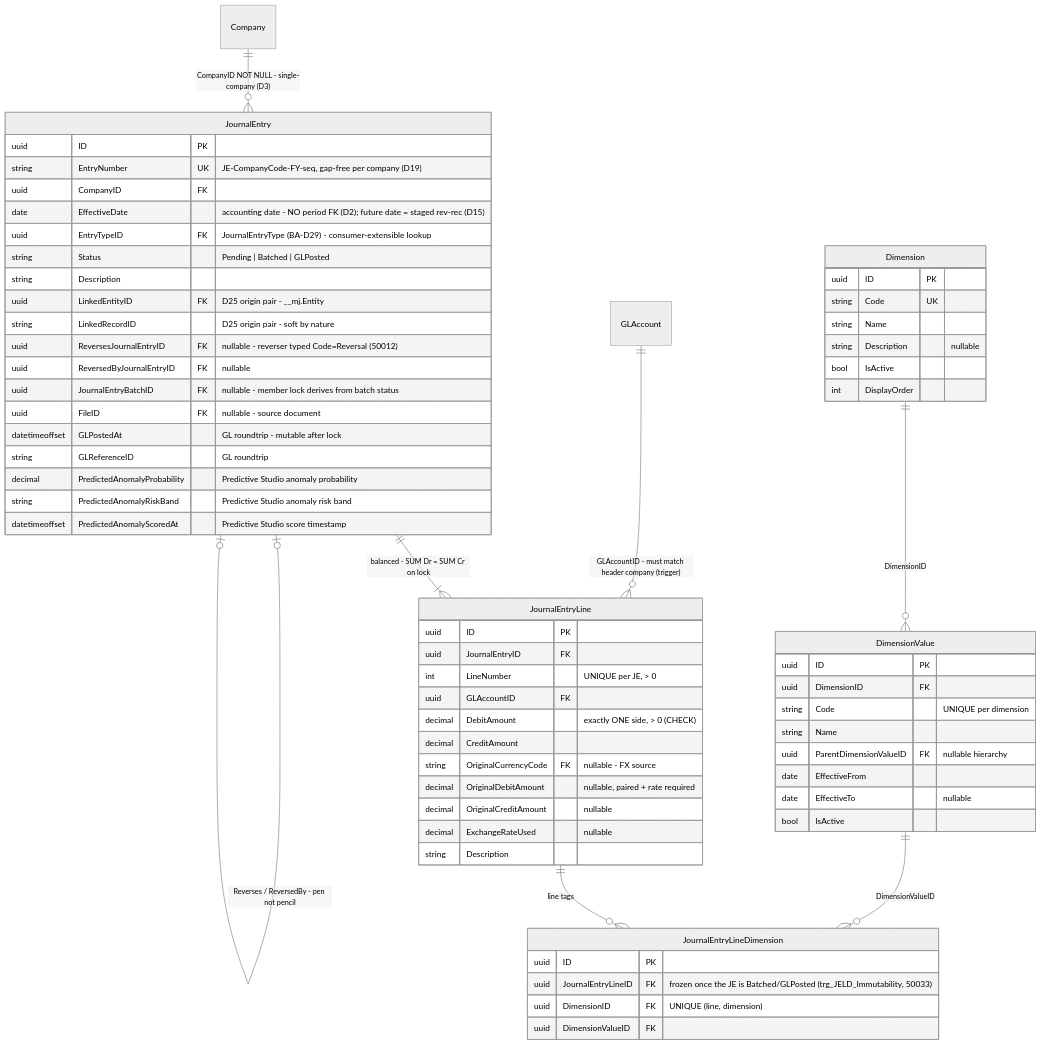
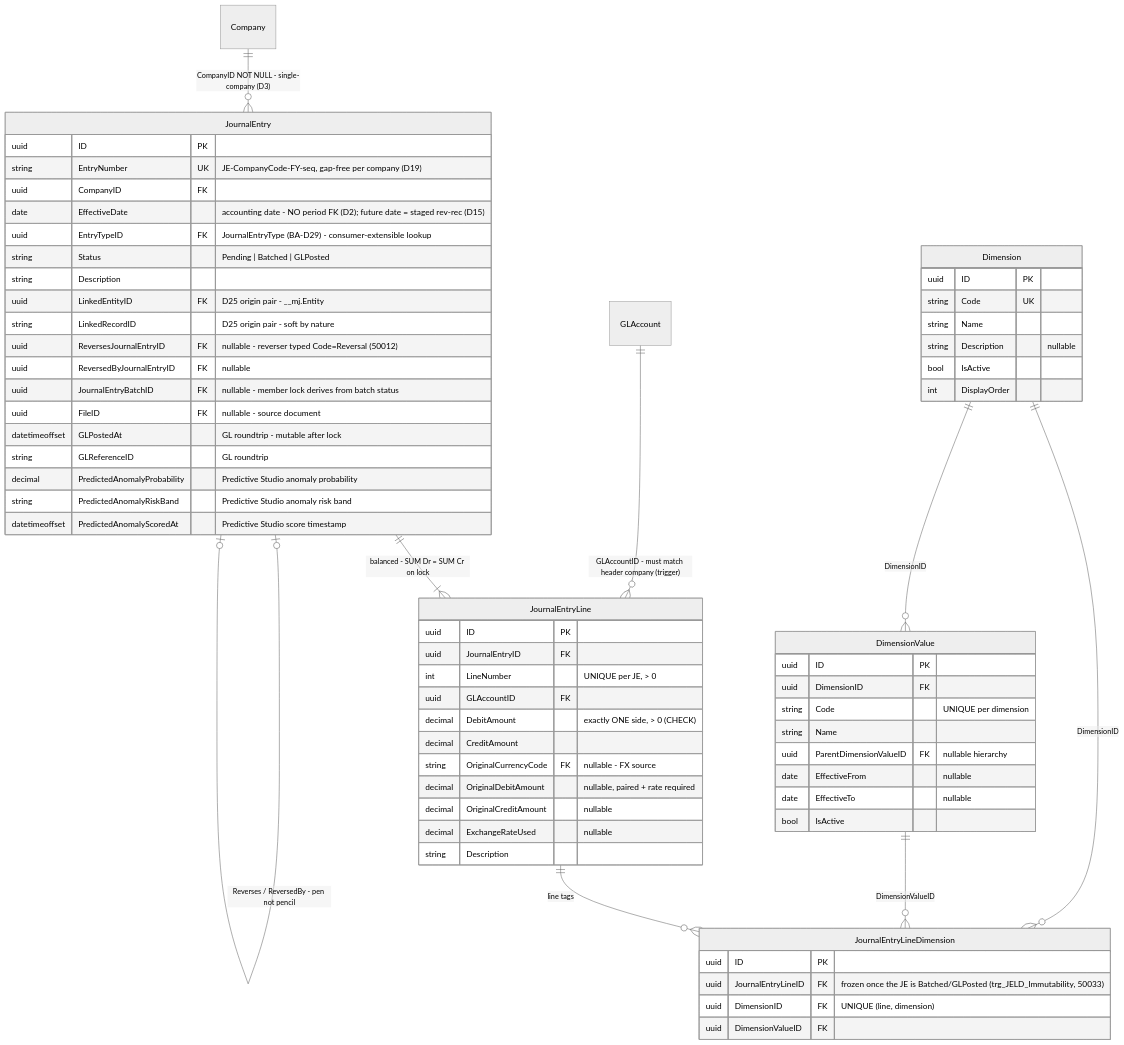
The sixth of 14 diagrams in docs/bizapps-accounting-erd.md (MemberJunction/bizapps-accounting), drawn with Mermaid (neutral theme) before and after one commit. The commit also changed other lines of this file and 27 other files, not shown here.

````diff
--- a/docs/bizapps-accounting-erd.md
+++ b/docs/bizapps-accounting-erd.md
@@ -632,68 +704,69 @@
 ```mermaid
 erDiagram
     Company ||--o{ JournalEntry : "CompanyID NOT NULL - single-company (D3)"
     JournalEntry ||--|{ JournalEntryLine : "balanced - SUM Dr = SUM Cr on lock"
     GLAccount ||--o{ JournalEntryLine : "GLAccountID - must match header company (trigger)"
     JournalEntry |o--o| JournalEntry : "Reverses / ReversedBy - pen not pencil"
     JournalEntryLine ||--o{ JournalEntryLineDimension : "line tags"
+    Dimension ||--o{ JournalEntryLineDimension : "DimensionID"
     Dimension ||--o{ DimensionValue : "DimensionID"
     DimensionValue ||--o{ JournalEntryLineDimension : "DimensionValueID"
 
     JournalEntry {
         uuid ID PK
         string EntryNumber UK "JE-CompanyCode-FY-seq, gap-free per company (D19)"
         uuid CompanyID FK
         date EffectiveDate "accounting date - NO period FK (D2); future date = staged rev-rec (D15)"
         uuid EntryTypeID FK "JournalEntryType (BA-D29) - consumer-extensible lookup"
         string Status "Pending | Batched | GLPosted"
         string Description
         uuid LinkedEntityID FK "D25 origin pair - __mj.Entity"
         string LinkedRecordID "D25 origin pair - soft by nature"
         uuid ReversesJournalEntryID FK "nullable - reverser typed Code=Reversal (50012)"
         uuid ReversedByJournalEntryID FK "nullable"
         uuid JournalEntryBatchID FK "nullable - member lock derives from batch status"
         uuid FileID FK "nullable - source document"
         datetimeoffset GLPostedAt "GL roundtrip - mutable after lock"
         string GLReferenceID "GL roundtrip"
         decimal PredictedAnomalyProbability "Predictive Studio anomaly probability"
         string PredictedAnomalyRiskBand "Predictive Studio anomaly risk band"
         datetimeoffset PredictedAnomalyScoredAt "Predictive Studio score timestamp"
     }
     JournalEntryLine {
         uuid ID PK
         uuid JournalEntryID FK
         int LineNumber "UNIQUE per JE, > 0"
         uuid GLAccountID FK
         decimal DebitAmount "exactly ONE side, > 0 (CHECK)"
         decimal CreditAmount
         string OriginalCurrencyCode FK "nullable - FX source"
         decimal OriginalDebitAmount "nullable, paired + rate required"
         decimal OriginalCreditAmount "nullable"
         decimal ExchangeRateUsed "nullable"
         string Description
     }
     JournalEntryLineDimension {
         uuid ID PK
         uuid JournalEntryLineID FK "frozen once the JE is Batched/GLPosted (trg_JELD_Immutability, 50033)"
         uuid DimensionID FK "UNIQUE (line, dimension)"
         uuid DimensionValueID FK
     }
     Dimension {
         uuid ID PK
         string Code UK
         string Name
         string Description "nullable"
         bool IsActive
         int DisplayOrder
     }
     DimensionValue {
         uuid ID PK
         uuid DimensionID FK
         string Code "UNIQUE per dimension"
         string Name
         uuid ParentDimensionValueID FK "nullable hierarchy"
-        date EffectiveFrom
+        date EffectiveFrom "nullable"
         date EffectiveTo "nullable"
         bool IsActive
     }
 ```
````
